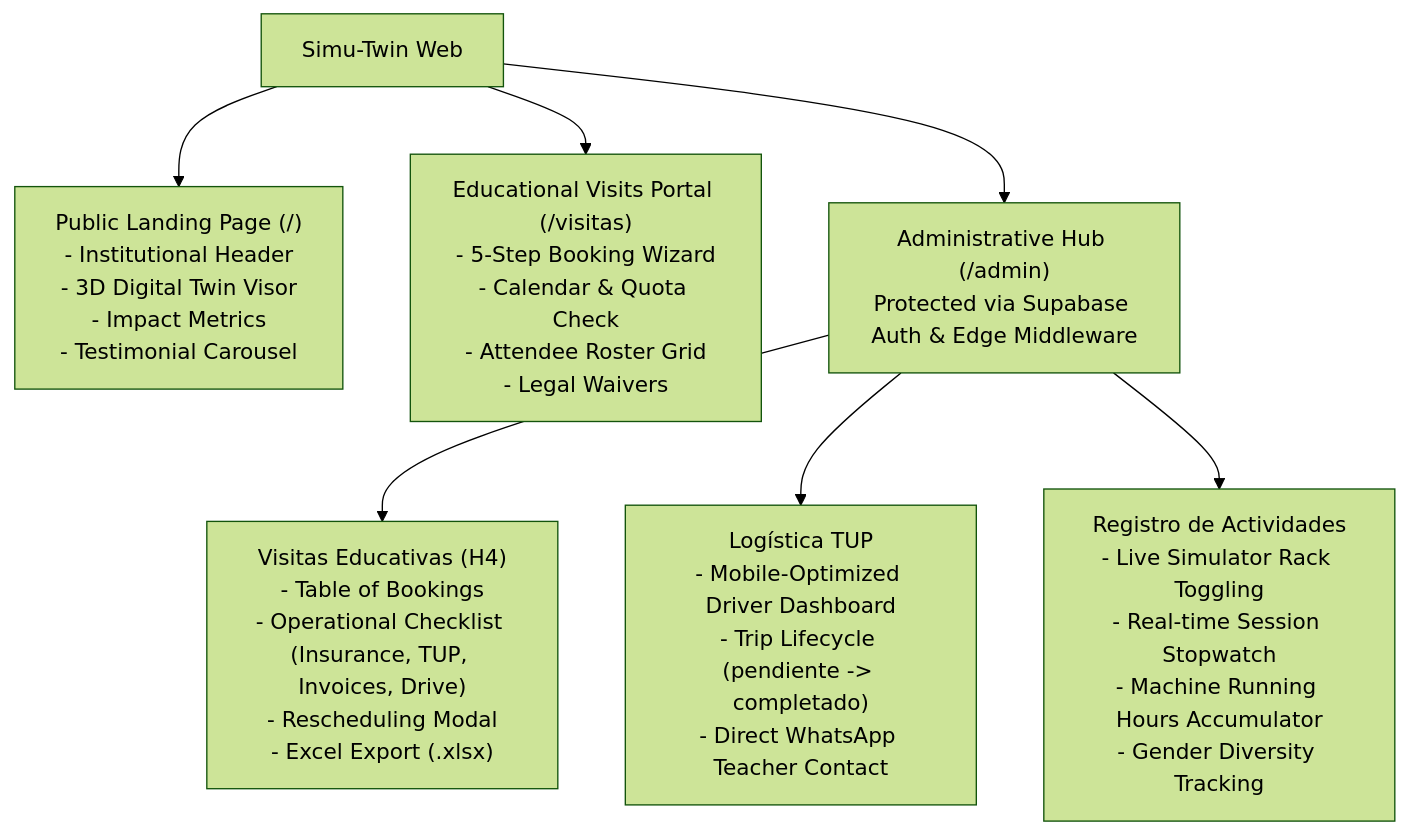
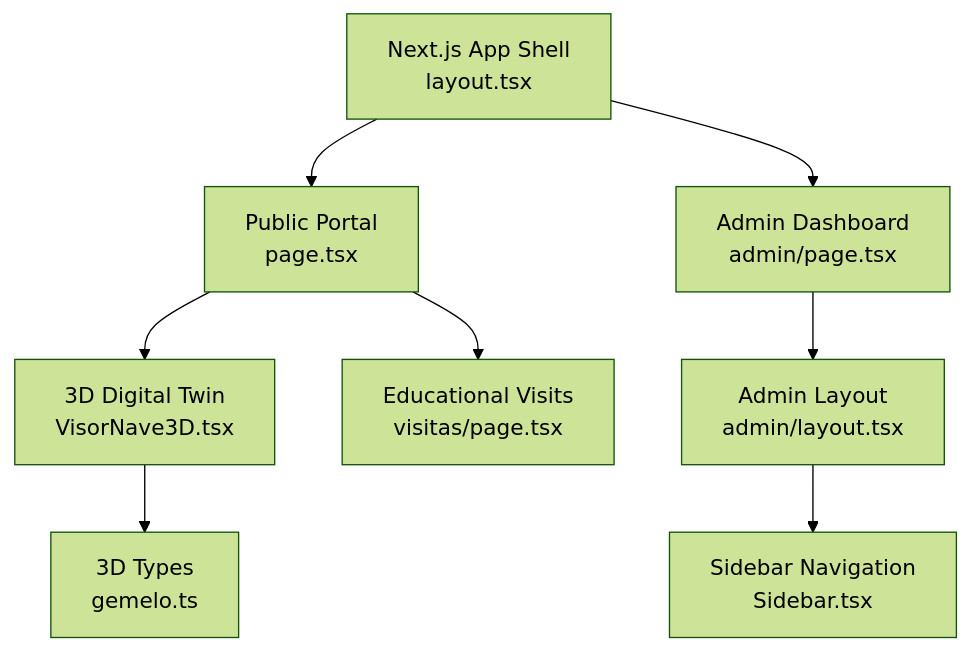
The first of 5 diagrams in .qoder/repowiki/en/content/Project Overview.md (AgusCatra/simu-twin-web), drawn with Mermaid (forest theme) before and after one commit. The commit also changed other lines of this file and 27 other files, not shown here.

````diff
--- a/.qoder/repowiki/en/content/Project Overview.md
+++ b/.qoder/repowiki/en/content/Project Overview.md
@@ -65,10 +62,10 @@
 ```mermaid
-graph TD
-    Root["Simu-Twin Web"] --> Landing["Public Landing Page (/)<br/>- Institutional Header<br/>- 3D Digital Twin Visor<br/>- Impact Metrics<br/>- Testimonial Carousel"]
-    Root --> VisitasPortal["Educational Visits Portal (/visitas)<br/>- 5-Step Booking Wizard<br/>- Calendar & Quota Check<br/>- Attendee Roster Grid<br/>- Legal Waivers"]
-    Root --> AdminHub["Administrative Hub (/admin)<br/>Protected via Supabase Auth & Edge Middleware"]
-    
-    AdminHub --> ModVisitas["Visitas Educativas (H4)<br/>- Table of Bookings<br/>- Operational Checklist (Insurance, TUP, Invoices, Drive)<br/>- Rescheduling Modal<br/>- Excel Export (.xlsx)"]
-    AdminHub --> ModTUP["Logística TUP<br/>- Mobile-Optimized Driver Dashboard<br/>- Trip Lifecycle (pendiente -> completado)<br/>- Direct WhatsApp Teacher Contact"]
-    AdminHub --> ModActividades["Registro de Actividades<br/>- Live Simulator Rack Toggling<br/>- Real-time Session Stopwatch<br/>- Machine Running Hours Accumulator<br/>- Gender Diversity Tracking"]
+graph TB
+A["Next.js App Shell<br/>layout.tsx"] --> B["Public Portal<br/>page.tsx"]
+B --> C["3D Digital Twin<br/>VisorNave3D.tsx"]
+B --> D["Educational Visits<br/>visitas/page.tsx"]
+A --> E["Admin Dashboard<br/>admin/page.tsx"]
+E --> F["Admin Layout<br/>admin/layout.tsx"]
+F --> G["Sidebar Navigation<br/>Sidebar.tsx"]
+C --> H["3D Types<br/>gemelo.ts"]
 ```
````
